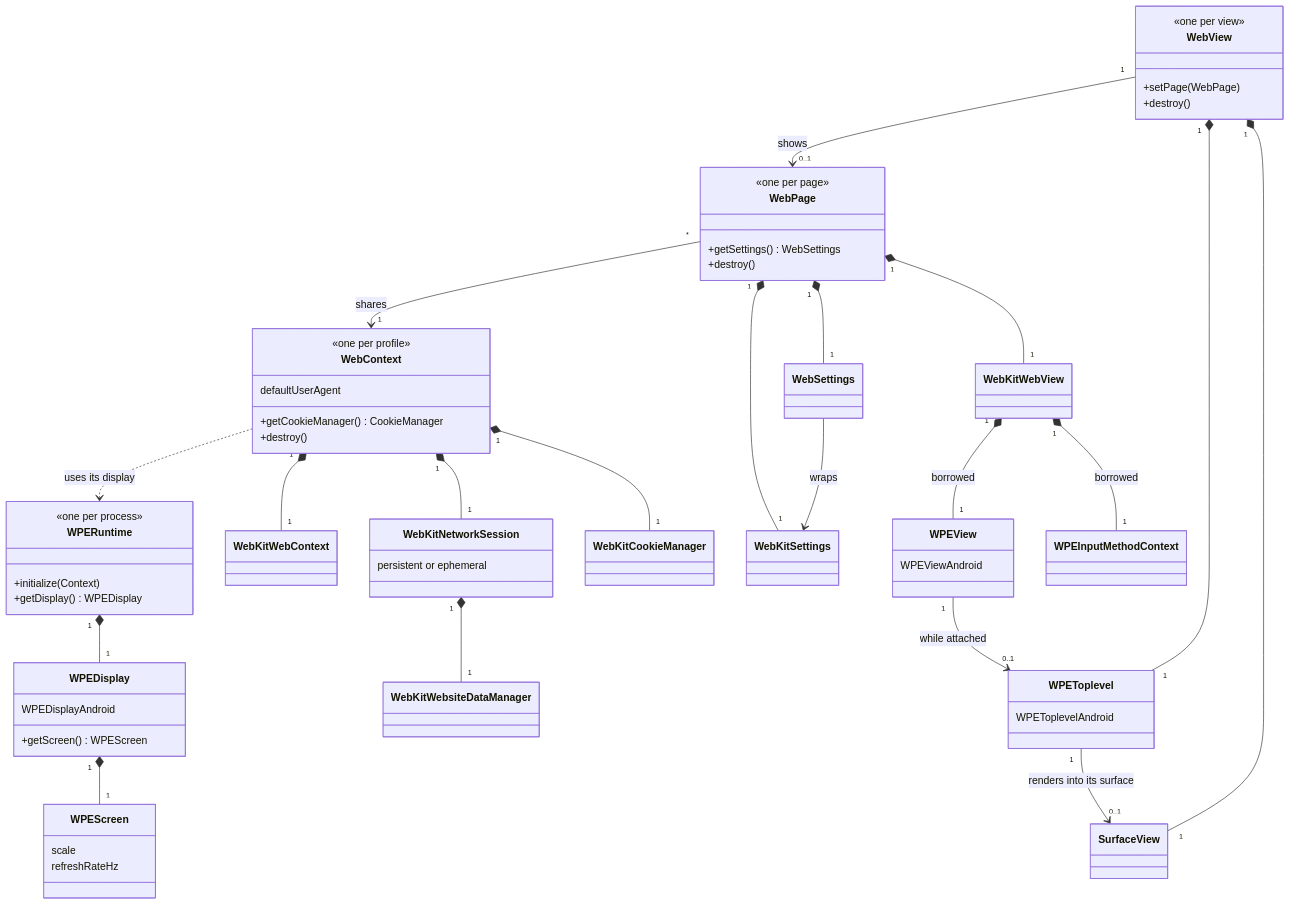
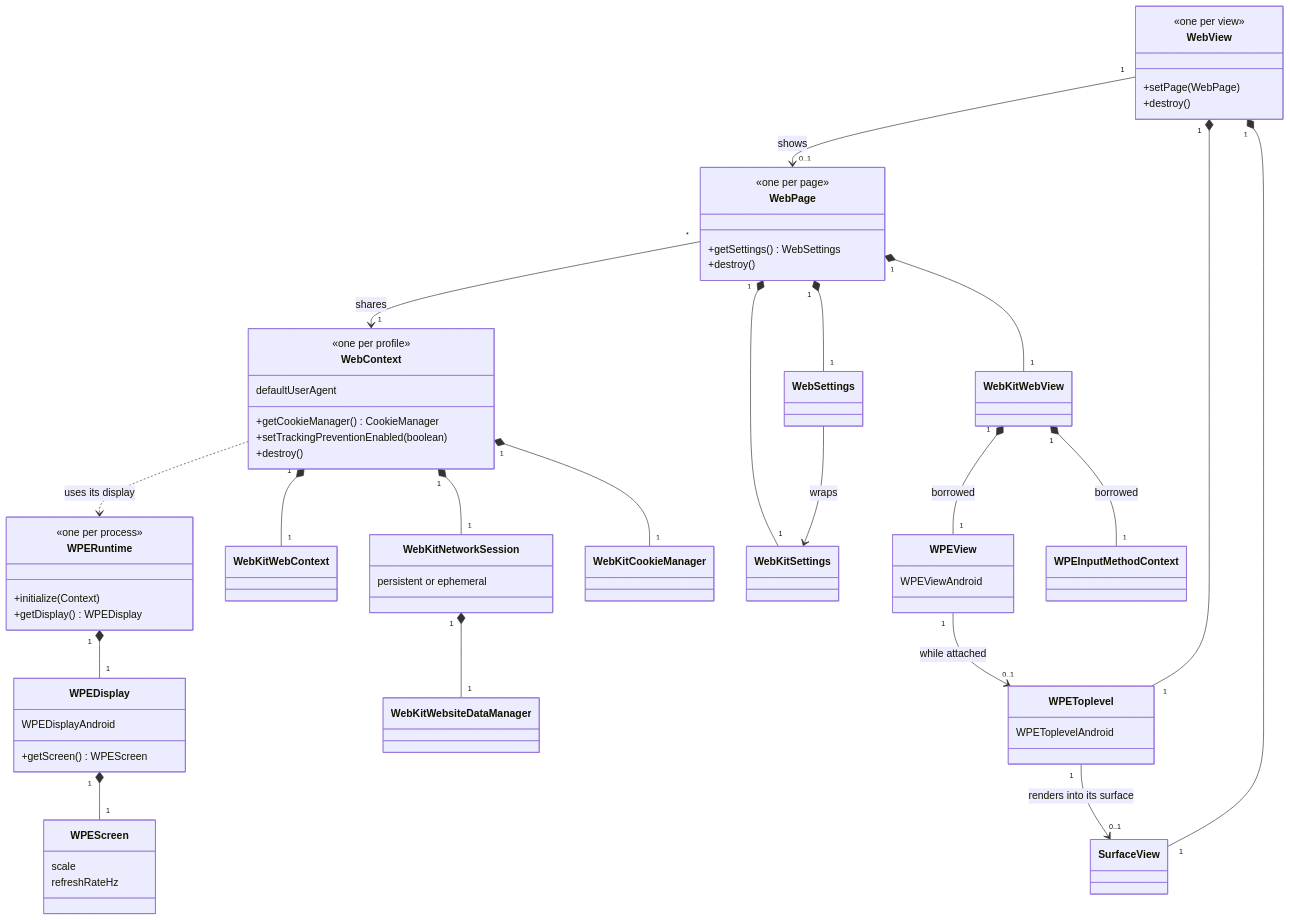
One commit to Igalia/wpe-android changed the first of 3 diagrams in docs/architecture.md. Above: the diagram before and after it, drawn with Mermaid. The commit also changed other lines of this file and 7 other files, not shown here.

First line of the commit message:
wpeview: Let apps turn tracking prevention on

````diff
--- a/docs/architecture.md
+++ b/docs/architecture.md
@@ -240,70 +241,71 @@
 ```mermaid
 classDiagram
     direction TB
     class WPERuntime {
         <<one per process>>
         +initialize(Context)
         +getDisplay() WPEDisplay
     }
     class WPEDisplay {
         WPEDisplayAndroid
         +getScreen() WPEScreen
     }
     class WPEScreen {
         scale
         refreshRateHz
     }
     class WebContext {
         <<one per profile>>
         defaultUserAgent
         +getCookieManager() CookieManager
+        +setTrackingPreventionEnabled(boolean)
         +destroy()
     }
     class WebKitWebContext
     class WebKitNetworkSession {
         persistent or ephemeral
     }
     class WebKitCookieManager
     class WebKitWebsiteDataManager
     class WebPage {
         <<one per page>>
         +getSettings() WebSettings
         +destroy()
     }
     class WebView {
         <<one per view>>
         +setPage(WebPage)
         +destroy()
     }
     class WebSettings
     class WebKitSettings
     class WebKitWebView
     class WPEView {
         WPEViewAndroid
     }
     class WPEInputMethodContext
     class WPEToplevel {
         WPEToplevelAndroid
     }
     class SurfaceView
 
     WPERuntime "1" *-- "1" WPEDisplay
     WPEDisplay "1" *-- "1" WPEScreen
     WebContext ..> WPERuntime : uses its display
     WebContext "1" *-- "1" WebKitWebContext
     WebContext "1" *-- "1" WebKitNetworkSession
     WebContext "1" *-- "1" WebKitCookieManager
     WebKitNetworkSession "1" *-- "1" WebKitWebsiteDataManager
     WebPage "*" --> "1" WebContext : shares
     WebPage "1" *-- "1" WebKitSettings
     WebPage "1" *-- "1" WebSettings
     WebSettings --> WebKitSettings : wraps
     WebPage "1" *-- "1" WebKitWebView
     WebView "1" --> "0..1" WebPage : shows
     WebKitWebView "1" *-- "1" WPEView : borrowed
     WebKitWebView "1" *-- "1" WPEInputMethodContext : borrowed
     WebView "1" *-- "1" WPEToplevel
     WebView "1" *-- "1" SurfaceView
     WPEView "1" --> "0..1" WPEToplevel : while attached
     WPEToplevel "1" --> "0..1" SurfaceView : renders into its surface
 ```
````
